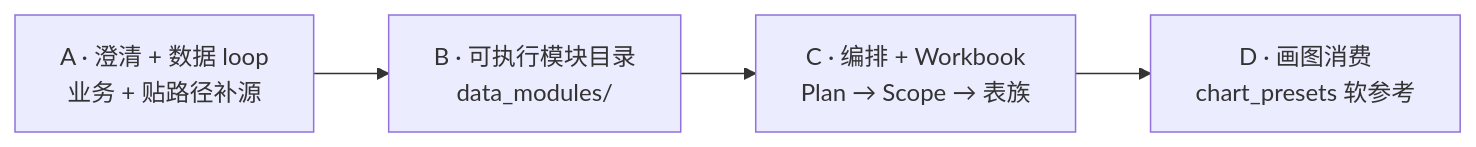
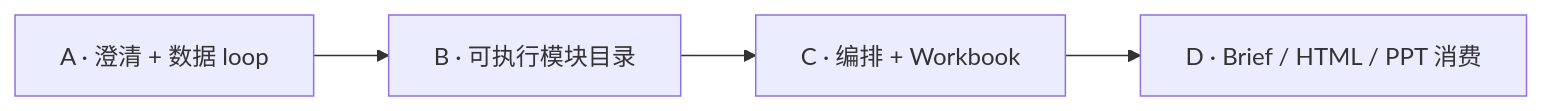
One commit to coco20020806/CateMate-Version-1.0- changed the fourth of 4 diagrams in docs/CATEMATE_V2_DESIGN_OVERVIEW.md. Above: the diagram before and after it, drawn with Mermaid. The commit also changed other lines of this file and 88 other files, not shown here.

````diff
--- a/docs/CATEMATE_V2_DESIGN_OVERVIEW.md
+++ b/docs/CATEMATE_V2_DESIGN_OVERVIEW.md
@@ -267,8 +328,8 @@
 ```mermaid
 flowchart LR
-  A["A · 澄清 + 数据 loop<br/>业务 + 贴路径补源"]
-  B["B · 可执行模块目录<br/>data_modules/"]
-  C["C · 编排 + Workbook<br/>Plan → Scope → 表族"]
-  D["D · 画图消费<br/>chart_presets 软参考"]
+  A["A · 澄清 + 数据 loop"]
+  B["B · 可执行模块目录"]
+  C["C · 编排 + Workbook"]
+  D["D · Brief / HTML / PPT 消费"]
   A --> B --> C --> D
 ```
````
